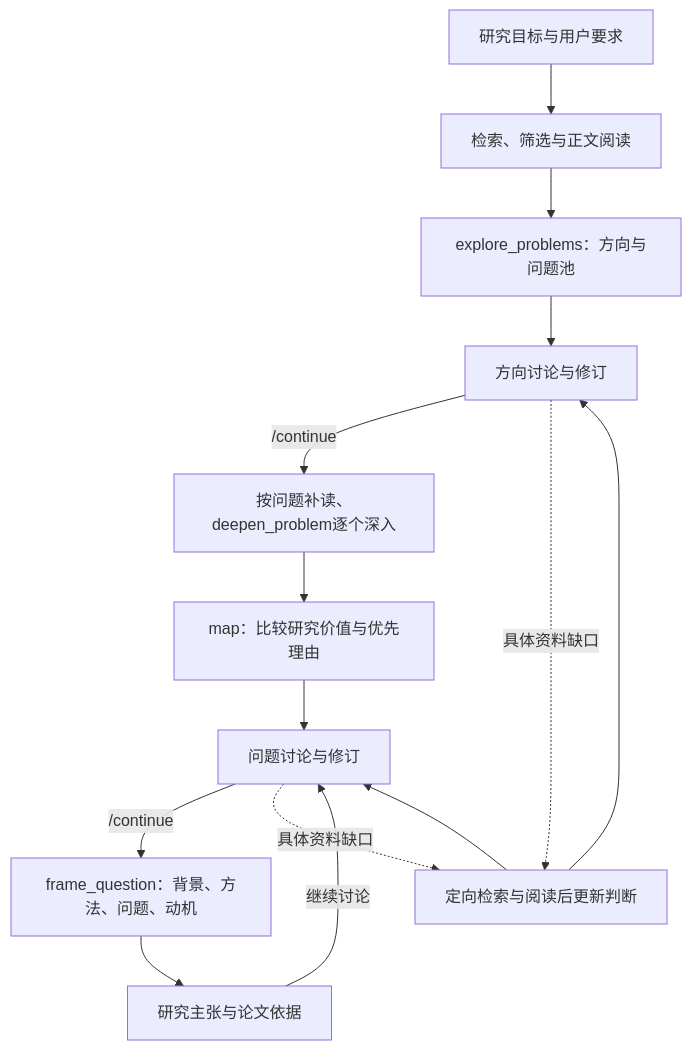
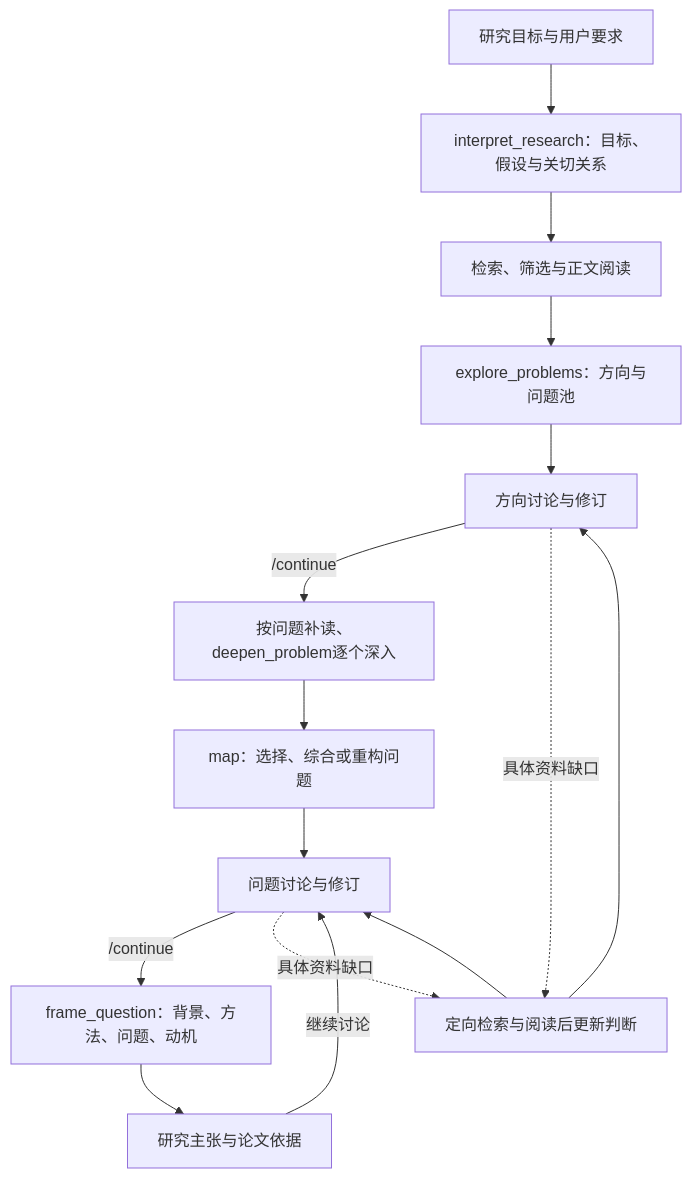
Before and after one commit to ghh1125/Research-idea: the diagram in docs/architecture.md, drawn with Mermaid. The commit also changed other lines of this file and 35 other files, not shown here.

````diff
--- a/docs/architecture.md
+++ b/docs/architecture.md
@@ -26,16 +26,17 @@
 ```mermaid
 flowchart TD
-    A[研究目标与用户要求] --> B[检索、筛选与正文阅读]
+    A[研究目标与用户要求] --> J[interpret_research：目标、假设与关切关系]
+    J --> B[检索、筛选与正文阅读]
     B --> C[explore_problems：方向与问题池]
     C --> D[方向讨论与修订]
     D -->|/continue| E[按问题补读、deepen_problem逐个深入]
-    E --> F[map：比较研究价值与优先理由]
+    E --> F[map：选择、综合或重构问题]
     F --> G[问题讨论与修订]
     G -->|/continue| H[frame_question：背景、方法、问题、动机]
     D -.具体资料缺口.-> R[定向检索与阅读后更新判断]
     G -.具体资料缺口.-> R
     R --> D
     R --> G
     H --> I[研究主张与论文依据]
     I -->|继续讨论| G
 ```
````
